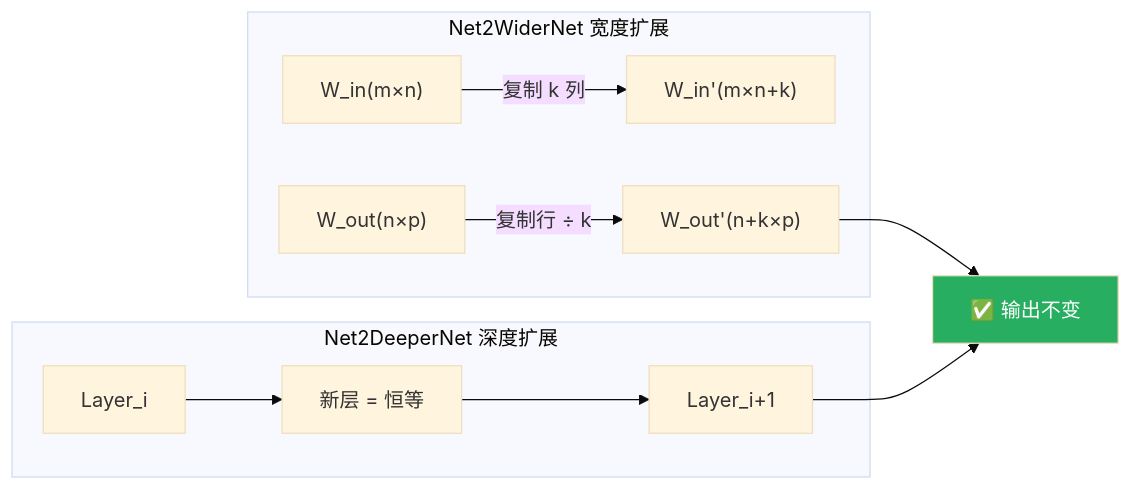
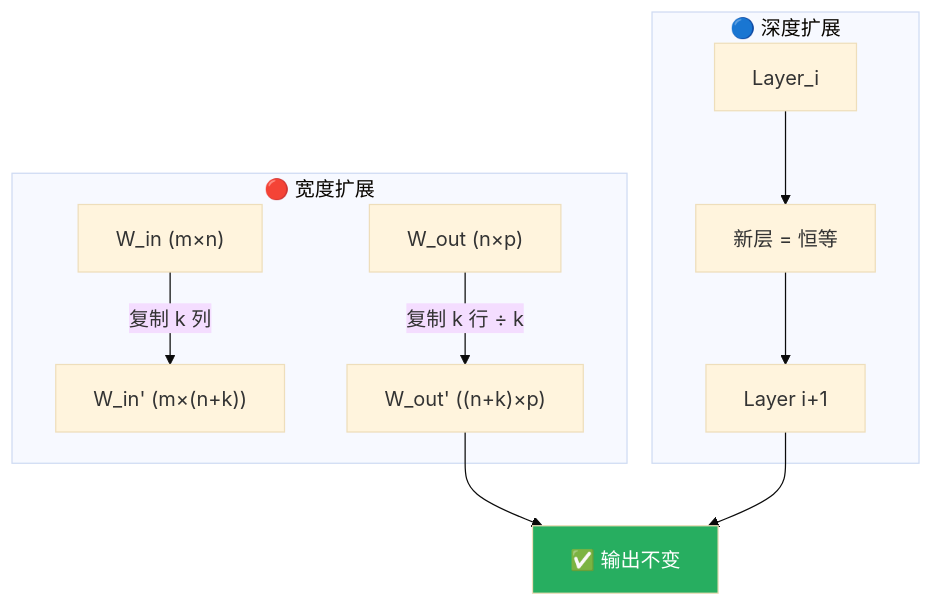
One commit to jianzhnie/PCL-Model-Kit changed the sixth of 15 diagrams in docs/llm_param_expansion.md. Above: the diagram before and after it, drawn with Mermaid (base theme). The commit also changed other lines of this file, not shown here.

````diff
--- a/docs/llm_param_expansion.md
+++ b/docs/llm_param_expansion.md
@@ -187,13 +213,13 @@
 ```mermaid
-graph LR
-    subgraph Net2WiderNet 宽度扩展
-        W1["W_in(m×n)"] -->|"复制 k 列"| W2["W_in'(m×n+k)"]
-        W3["W_out(n×p)"] -->|"复制行 ÷ k"| W4["W_out'(n+k×p)"]
+graph TD
+    subgraph Net2WiderNet["🔴 宽度扩展"]
+        W1["W_in (m×n)"] -->|"复制 k 列"| W2["W_in' (m×(n+k))"]
+        W3["W_out (n×p)"] -->|"复制 k 行 ÷ k"| W4["W_out' ((n+k)×p)"]
     end
-    subgraph Net2DeeperNet 深度扩展
-        L1[Layer_i] --> NEW["新层 = 恒等"] --> L2[Layer_i+1]
+    subgraph Net2DeeperNet["🔵 深度扩展"]
+        L1[Layer_i] --> NEW["新层 = 恒等"] --> L2[Layer i+1]
     end
     W4 --> EQ["✅ 输出不变"]
     L2 --> EQ
     style EQ fill:#27AE60,color:#fff
 ```
````
